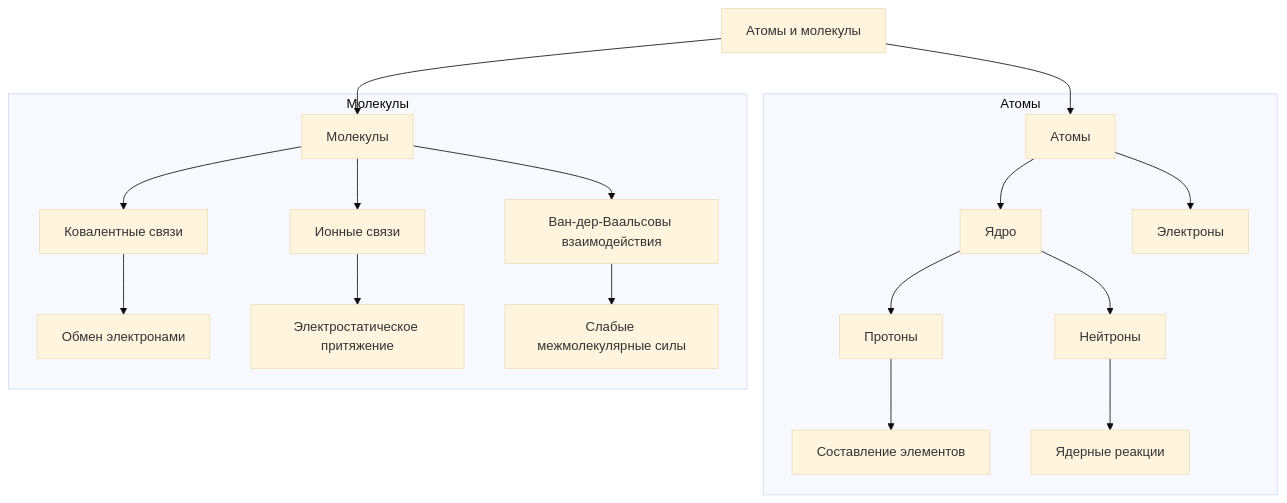
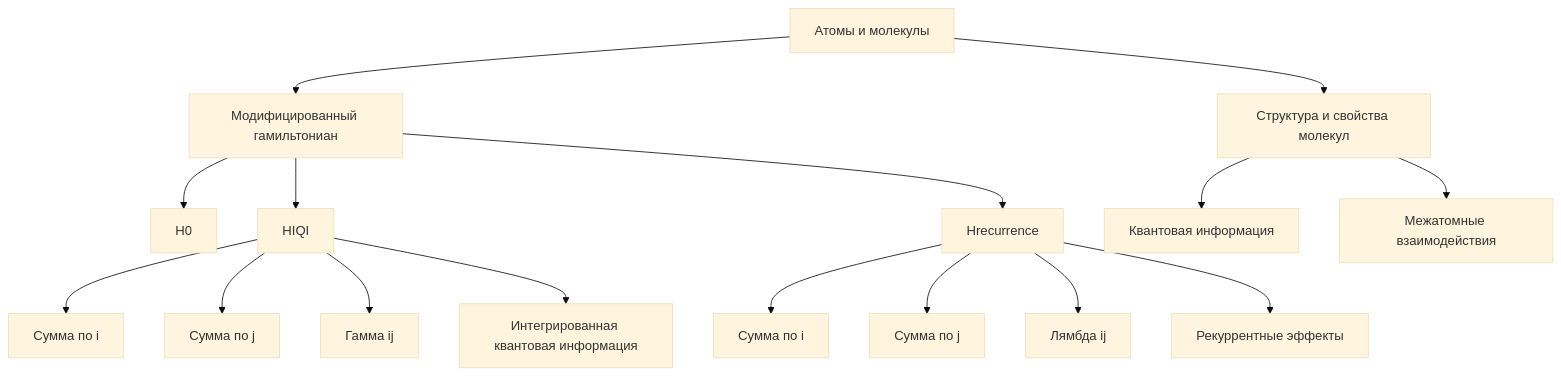
Before and after one commit to commeta/consciousness: diagram 12 of 28 in The-Theory-of-Everything.md, drawn with Mermaid (base theme). The commit also changed other lines of this file, not shown here.

````diff
--- a/The-Theory-of-Everything.md
+++ b/The-Theory-of-Everything.md
@@ -494,42 +395,18 @@
 ```mermaid
-graph TB
-    A[Атомы и молекулы]
-    A --> B[Атомы]
-    A --> C[Молекулы]
-
-    B --> D[Ядро]
-    B --> E[Электроны]
-    D --> F[Протоны]
-    D --> G[Нейтроны]
-
-    C --> H[Ковалентные связи]
-    C --> I[Ионные связи]
-    C --> J[Ван-дер-Ваальсовы взаимодействия]
-
-    F --> K[Составление элементов]
-    G --> L[Ядерные реакции]
-
-    H --> M[Обмен электронами]
-    I --> N[Электростатическое притяжение]
-    J --> O[Слабые межмолекулярные силы]
-
-    subgraph Атомы
-        B
-        D
-        E
-        F
-        G
-        K
-        L
-    end
-
-    subgraph Молекулы
-        C
-        H
-        I
-        J
-        M
-        N
-        O
-    end
+graph TD
+    A[Атомы и молекулы] --> B[Модифицированный гамильтониан]
+    B --> C[H0]
+    B --> D[HIQI]
+    B --> E[Hrecurrence]
+    D --> F[Сумма по i]
+    D --> G[Сумма по j]
+    D --> H[Гамма ij]
+    D --> I[Интегрированная квантовая информация]
+    E --> J[Сумма по i]
+    E --> K[Сумма по j]
+    E --> L[Лямбда ij]
+    E --> M[Рекуррентные эффекты]
+    A --> N[Структура и свойства молекул]
+    N --> O[Квантовая информация]
+    N --> P[Межатомные взаимодействия]
 ```
````
